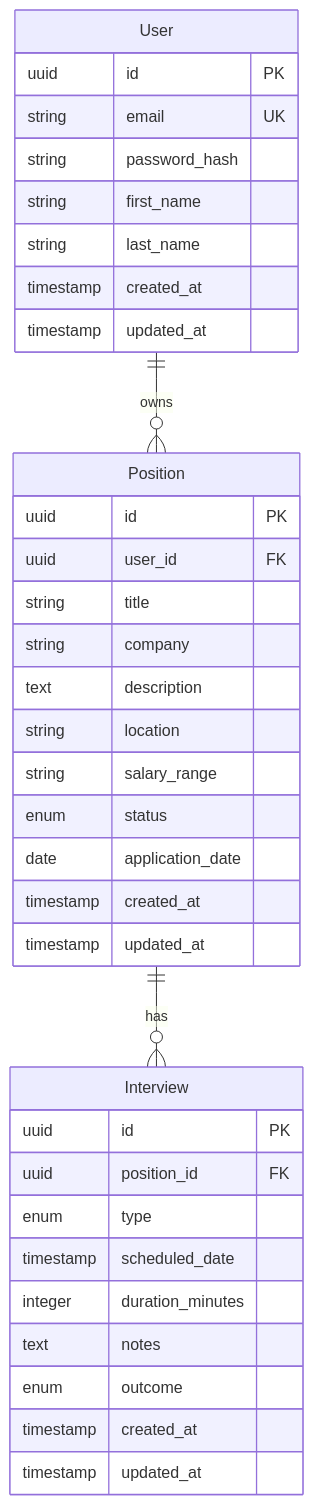
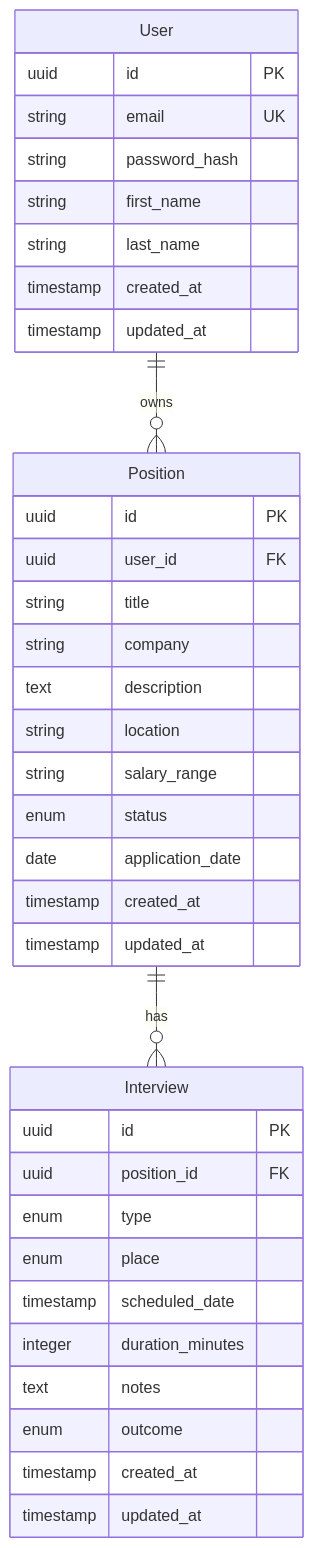
One commit to haimn-support/job-search-tracker-api changed the second of 2 diagrams in .kiro/specs/interview-position-tracker/design.md. Above: the diagram before and after it, drawn with Mermaid. The commit also changed other lines of this file, not shown here.

First line of the commit message:
docs: update design.md with separated interview type and place structure

````diff
--- a/.kiro/specs/interview-position-tracker/design.md
+++ b/.kiro/specs/interview-position-tracker/design.md
@@ -193,41 +198,42 @@
 ```mermaid
 erDiagram
     User ||--o{ Position : owns
     Position ||--o{ Interview : has
     
     User {
         uuid id PK
         string email UK
         string password_hash
         string first_name
         string last_name
         timestamp created_at
         timestamp updated_at
     }
     
     Position {
         uuid id PK
         uuid user_id FK
         string title
         string company
         text description
         string location
         string salary_range
         enum status
         date application_date
         timestamp created_at
         timestamp updated_at
     }
     
     Interview {
         uuid id PK
         uuid position_id FK
         enum type
+        enum place
         timestamp scheduled_date
         integer duration_minutes
         text notes
         enum outcome
         timestamp created_at
         timestamp updated_at
     }
 ```
````
